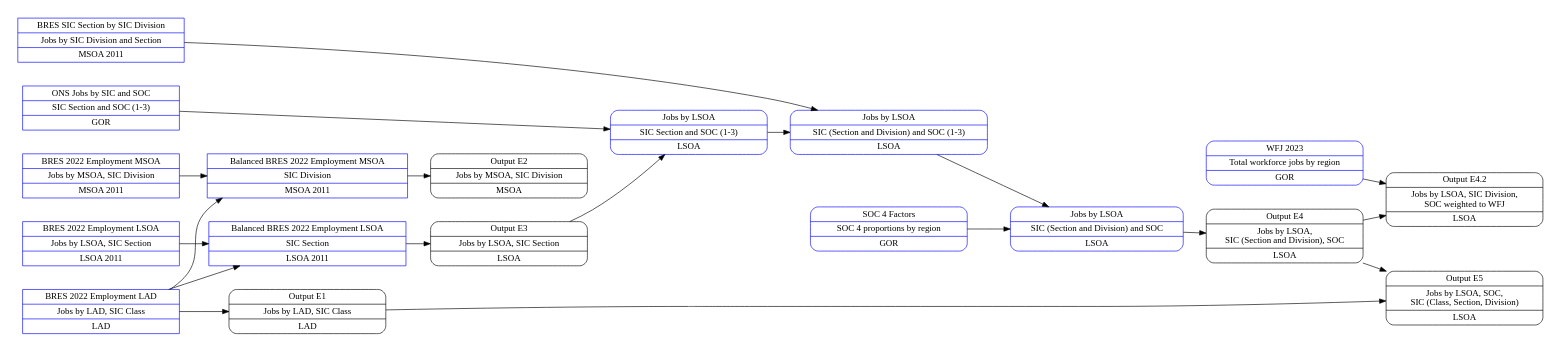
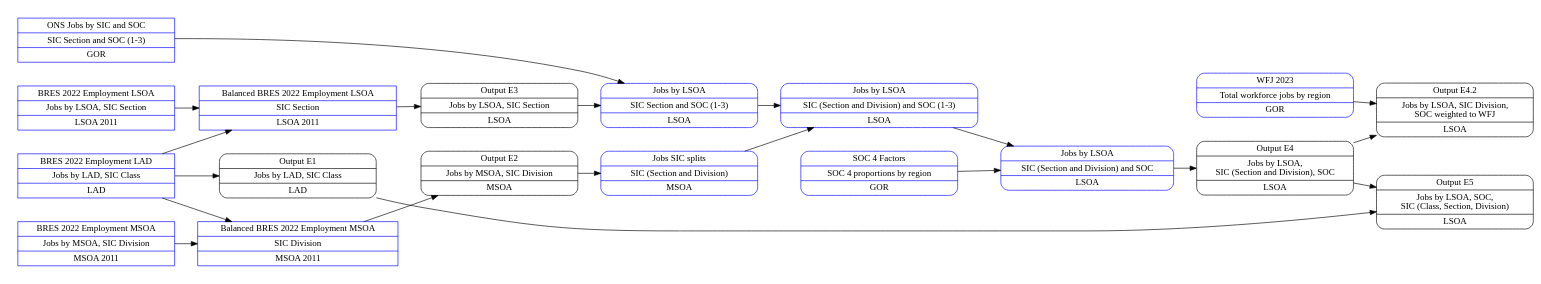
Before and after one commit to asongtoruin/Land-Use: the second of 2 diagrams in docs/base_model_structure.rst, drawn with Graphviz. The commit also changed 2 other files, not shown here.

Commit message:
Updated to use sic 1 sic 2 splits with infilled farmers

```diff
--- a/docs/base_model_structure.rst
+++ b/docs/base_model_structure.rst
@@ -142,76 +142,75 @@
 .. graphviz::
 
     digraph G {
         rankdir="LR"
         nodesep=0.5
         node [shape=record, color=blue width=3.4]
             subgraph cluster_inputs{
                 peripheries=0
                 rank="same"
                 table_1 [label="BRES 2022 Employment LAD|Jobs by LAD, SIC Class|LAD"];
                 table_2 [label="BRES 2022 Employment MSOA|Jobs by MSOA, SIC Division|MSOA 2011"];
                 table_2a [label="BRES 2022 Employment MSOA SIC splits|SIC Section and SIC Division splits|MSOA 2011"];
                 table_3 [label="BRES 2022 Employment LSOA|Jobs by LSOA, SIC Section|LSOA 2011"];
             }
         
         node [shape=record, color=blue width=3.4]
             subgraph cluster_inputs{
                 peripheries=0
                 rank="same"
                 table_2a [label="Balanced BRES 2022 Employment MSOA|SIC Division|MSOA 2011"];
                 table_3a [label="Balanced BRES 2022 Employment LSOA|SIC Section|LSOA 2011"];
             }
             
         node [shape=record, color=blue width=3.4]
             subgraph cluster_inputs{
                 peripheries=0
                 rank="same"
-
                 table_6 [label="ONS Jobs by SIC and SOC|SIC Section and SOC (1-3)|GOR"];
-                table_8 [label="BRES SIC Section by SIC Division|Jobs by SIC Division and Section|MSOA 2011"];
-            
             }
         
         node [style=rounded, color=black]
                 subgraph cluster_inputs{
                 peripheries=0
                 rank="same"
                 output_e1 [label="Output E1|Jobs by LAD, SIC Class|LAD"];
                 output_e2 [label="Output E2|Jobs by MSOA, SIC Division|MSOA"];
                 output_e3 [label="Output E3|Jobs by LSOA, SIC Section|LSOA"];
             }
                 
         node [shape=record, color=blue width=3.4]
             table_7 [label="Jobs by LSOA|SIC Section and SOC (1-3)|LSOA"];
             table_7a [label="Jobs by LSOA|SIC (Section and Division) and SOC (1-3)|LSOA"];
+            table_8 [label="Jobs SIC splits|SIC (Section and Division)|MSOA"];
             table_11 [label="Jobs by LSOA|SIC (Section and Division) and SOC|LSOA"];
             table_10 [label="SOC 4 Factors|SOC 4 proportions by region|GOR"];
         
         node [shape=record, color=blue width=3.4]
             table_4 [label="WFJ 2023|Total workforce jobs by region|GOR"];
             
         node [style=rounded, color=black]
             output_e4 [label="Output E4|Jobs by LSOA, \nSIC (Section and Division), SOC|LSOA"];
             output_e4_2 [label="Output E4.2|Jobs by LSOA, SIC Division,\nSOC weighted to WFJ|LSOA"];
             output_e5 [label="Output E5|Jobs by LSOA, SOC,\nSIC (Class, Section, Division)|LSOA"];
         
 
         table_1 -> output_e1;
         output_e1 -> output_e5
         table_1 -> table_2a;
         table_1 -> table_3a;
         table_2 -> table_2a;
         table_2a -> output_e2;
         table_3 -> table_3a;
         table_3a -> output_e3;
         output_e3 -> table_7;
         table_6 -> table_7;
+        output_e2 -> table_8
         table_8 -> table_7a
         table_11 -> output_e4
         table_7 -> table_7a
         table_7a -> table_11
         table_10 -> table_11
         table_4 -> output_e4_2
         output_e4 -> output_e4_2
         output_e4 -> output_e5
     }
```
